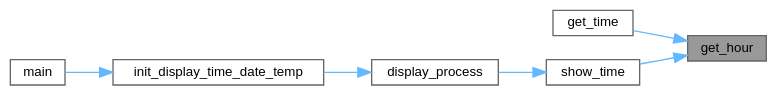
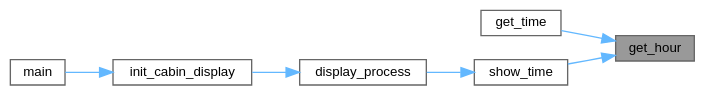
The diagram in dev/ds1307_8c_ac584d2e0b9c3313f3962e20e33da09e9_icgraph.dot (Ghaadyy/elevator-controller), drawn with Graphviz before and after one commit. The commit also changed 83 other files, not shown here.

```diff
--- a/dev/ds1307_8c_ac584d2e0b9c3313f3962e20e33da09e9_icgraph.dot
+++ b/dev/ds1307_8c_ac584d2e0b9c3313f3962e20e33da09e9_icgraph.dot
@@ -1,19 +1,19 @@
 digraph "get_hour"
 {
  // LATEX_PDF_SIZE
   bgcolor="transparent";
   edge [fontname=Helvetica,fontsize=10,labelfontname=Helvetica,labelfontsize=10];
   node [fontname=Helvetica,fontsize=10,shape=box,height=0.2,width=0.4];
   rankdir="RL";
   Node1 [id="Node000001",label="get_hour",height=0.2,width=0.4,color="gray40", fillcolor="grey60", style="filled", fontcolor="black",tooltip="Get the hour in BCD format."];
   Node1 -> Node2 [id="edge1_Node000001_Node000002",dir="back",color="steelblue1",style="solid",tooltip=" "];
   Node2 [id="Node000002",label="get_time",height=0.2,width=0.4,color="grey40", fillcolor="white", style="filled",URL="$ds1307_8c.html#a3d717c640092e205d8e191fddaa2f160",tooltip="Get the time in BCD format."];
   Node1 -> Node3 [id="edge2_Node000001_Node000003",dir="back",color="steelblue1",style="solid",tooltip=" "];
-  Node3 [id="Node000003",label="show_time",height=0.2,width=0.4,color="grey40", fillcolor="white", style="filled",URL="$display__time__date__temp_8c.html#a60628b78e24af29bb233c390d51385ce",tooltip="Display the current time in (HH:MM) format."];
+  Node3 [id="Node000003",label="show_time",height=0.2,width=0.4,color="grey40", fillcolor="white", style="filled",URL="$cabin__display_8c.html#a60628b78e24af29bb233c390d51385ce",tooltip="Display the current time in (HH:MM) format."];
   Node3 -> Node4 [id="edge3_Node000003_Node000004",dir="back",color="steelblue1",style="solid",tooltip=" "];
-  Node4 [id="Node000004",label="display_process",height=0.2,width=0.4,color="grey40", fillcolor="white", style="filled",URL="$display__time__date__temp_8c.html#a623676cea54e765bc09b0150f9f11ee3",tooltip="Task that cycles through and displays time, date, and temperature."];
+  Node4 [id="Node000004",label="display_process",height=0.2,width=0.4,color="grey40", fillcolor="white", style="filled",URL="$cabin__display_8c.html#a623676cea54e765bc09b0150f9f11ee3",tooltip="Task that cycles through and displays time, date, and temperature."];
   Node4 -> Node5 [id="edge4_Node000004_Node000005",dir="back",color="steelblue1",style="solid",tooltip=" "];
-  Node5 [id="Node000005",label="init_display_time_date_temp",height=0.2,width=0.4,color="grey40", fillcolor="white", style="filled",URL="$display__time__date__temp_8c.html#a08d88c70d567692f6f4900a3842eda5a",tooltip="Initialize and start the task."];
+  Node5 [id="Node000005",label="init_cabin_display",height=0.2,width=0.4,color="grey40", fillcolor="white", style="filled",URL="$cabin__display_8c.html#aac8ba457dfa063e7eada179b4842ae39",tooltip="Initialize and start the task."];
   Node5 -> Node6 [id="edge5_Node000005_Node000006",dir="back",color="steelblue1",style="solid",tooltip=" "];
   Node6 [id="Node000006",label="main",height=0.2,width=0.4,color="grey40", fillcolor="white", style="filled",URL="$main_8c.html#acdef7a1fd863a6d3770c1268cb06add3",tooltip=" "];
 }
```
